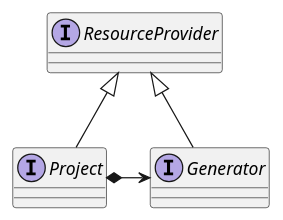
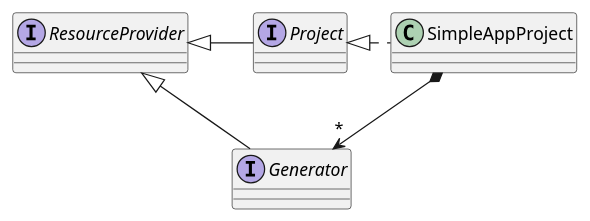
One commit to mnlipp/JDrupes-Builder changed the second of 4 diagrams in overview.md. Above: the diagram before and after it, drawn with PlantUML. The commit also changed other lines of this file and 3 other files, not shown here.

```diff
--- a/overview.md
+++ b/overview.md
@@ -56,8 +89,9 @@
 @startuml single-project-classes.svg
 interface ResourceProvider
 interface Project
-Project -up-|> ResourceProvider
 interface Generator
-Generator -up-|> ResourceProvider
-Project *-right-> Generator 
+ResourceProvider <|-right- Project : "     "
+Project <|.right. SimpleAppProject 
+Generator --|> ResourceProvider
+SimpleAppProject *--> "*" Generator
 @enduml
```
